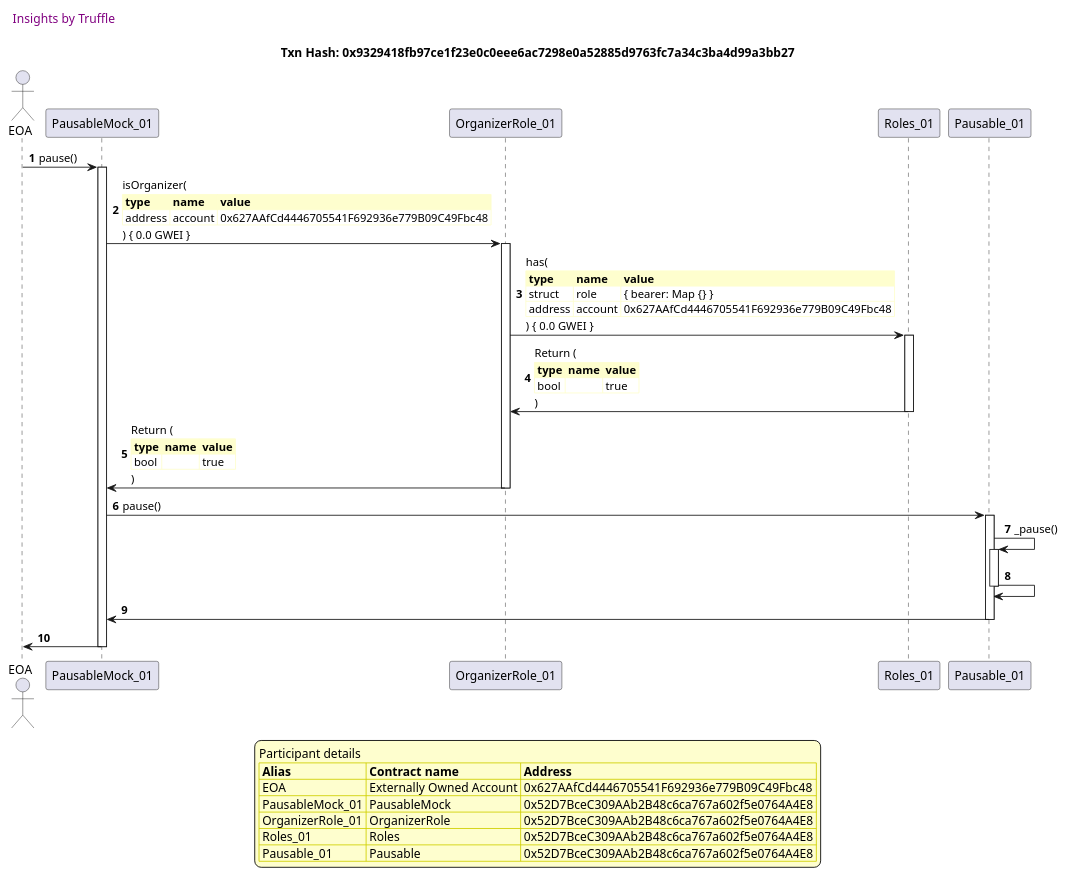
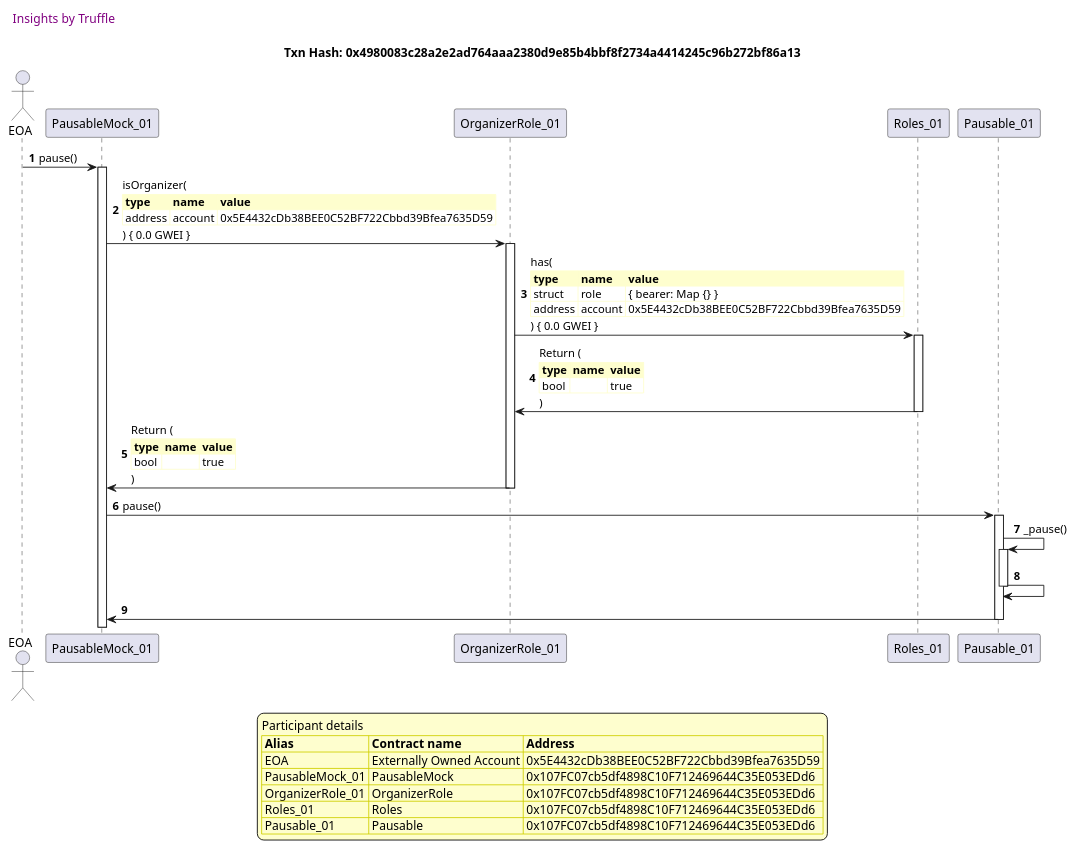
Diagram 11 of 12 in truffle-seq/lifecycle_pausable.md (fodisi/hackapay), drawn with PlantUML before and after one commit. The commit also changed other lines of this file and 10 other files, not shown here.

````diff
--- a/truffle-seq/lifecycle_pausable.md
+++ b/truffle-seq/lifecycle_pausable.md
@@ -667,64 +665,63 @@
 ```plantuml
 
 
 @startuml
 
 autonumber
 skinparam legendBackgroundColor #FEFECE
 
 <style>
       header {
         HorizontalAlignment left
         FontColor purple
         FontSize 14
         Padding 10
       }
     </style>
 
 header Insights by Truffle
 
-title Txn Hash: 0x9329418fb97ce1f23e0c0eee6ac7298e0a52885d9763fc7a34c3ba4d99a3bb27
+title Txn Hash: 0x4980083c28a2e2ad764aaa2380d9e85b4bbf8f2734a4414245c96b272bf86a13
 
 
 actor EOA as "EOA"
 participant PausableMock_01 as "PausableMock_01"
 participant OrganizerRole_01 as "OrganizerRole_01"
 participant Roles_01 as "Roles_01"
 participant Pausable_01 as "Pausable_01"
 
 "EOA" -> "PausableMock_01" ++: pause()
 "PausableMock_01" -> "OrganizerRole_01" ++: isOrganizer(\n\
 <#FEFECE,#FEFECE>|= type |= name |= value |\n\
-| address | account | 0x627AAfCd4446705541F692936e779B09C49Fbc48 |\n\
+| address | account | 0x5E4432cDb38BEE0C52BF722Cbbd39Bfea7635D59 |\n\
 ) { 0.0 GWEI }
 "OrganizerRole_01" -> "Roles_01" ++: has(\n\
 <#FEFECE,#FEFECE>|= type |= name |= value |\n\
 | struct | role | { bearer: Map {} } |\n\
-| address | account | 0x627AAfCd4446705541F692936e779B09C49Fbc48 |\n\
+| address | account | 0x5E4432cDb38BEE0C52BF722Cbbd39Bfea7635D59 |\n\
 ) { 0.0 GWEI }
 "Roles_01" -> "OrganizerRole_01" --: Return (\n\
 <#FEFECE,#FEFECE>|= type |= name |= value |\n\
 | bool |  | true |\n\
 )
 "OrganizerRole_01" -> "PausableMock_01" --: Return (\n\
 <#FEFECE,#FEFECE>|= type |= name |= value |\n\
 | bool |  | true |\n\
 )
 "PausableMock_01" -> "Pausable_01" ++: pause()
 "Pausable_01" -> "Pausable_01" ++: _pause()
 "Pausable_01" -> "Pausable_01" --: 
 "Pausable_01" -> "PausableMock_01" --: 
-"PausableMock_01" -> "EOA" --: 
 
 legend
 Participant details
 <#FEFECE,#D0D000>|= Alias |= Contract name |= Address |
-<#FEFECE>| EOA | Externally Owned Account | 0x627AAfCd4446705541F692936e779B09C49Fbc48 |
-<#FEFECE>| PausableMock_01 | PausableMock | 0x52D7BceC309AAb2B48c6ca767a602f5e0764A4E8 |
-<#FEFECE>| OrganizerRole_01 | OrganizerRole | 0x52D7BceC309AAb2B48c6ca767a602f5e0764A4E8 |
-<#FEFECE>| Roles_01 | Roles | 0x52D7BceC309AAb2B48c6ca767a602f5e0764A4E8 |
-<#FEFECE>| Pausable_01 | Pausable | 0x52D7BceC309AAb2B48c6ca767a602f5e0764A4E8 |
+<#FEFECE>| EOA | Externally Owned Account | 0x5E4432cDb38BEE0C52BF722Cbbd39Bfea7635D59 |
+<#FEFECE>| PausableMock_01 | PausableMock | 0x107FC07cb5df4898C10F712469644C35E053EDd6 |
+<#FEFECE>| OrganizerRole_01 | OrganizerRole | 0x107FC07cb5df4898C10F712469644C35E053EDd6 |
+<#FEFECE>| Roles_01 | Roles | 0x107FC07cb5df4898C10F712469644C35E053EDd6 |
+<#FEFECE>| Pausable_01 | Pausable | 0x107FC07cb5df4898C10F712469644C35E053EDd6 |
 endlegend
 
 @enduml
 ```
````
